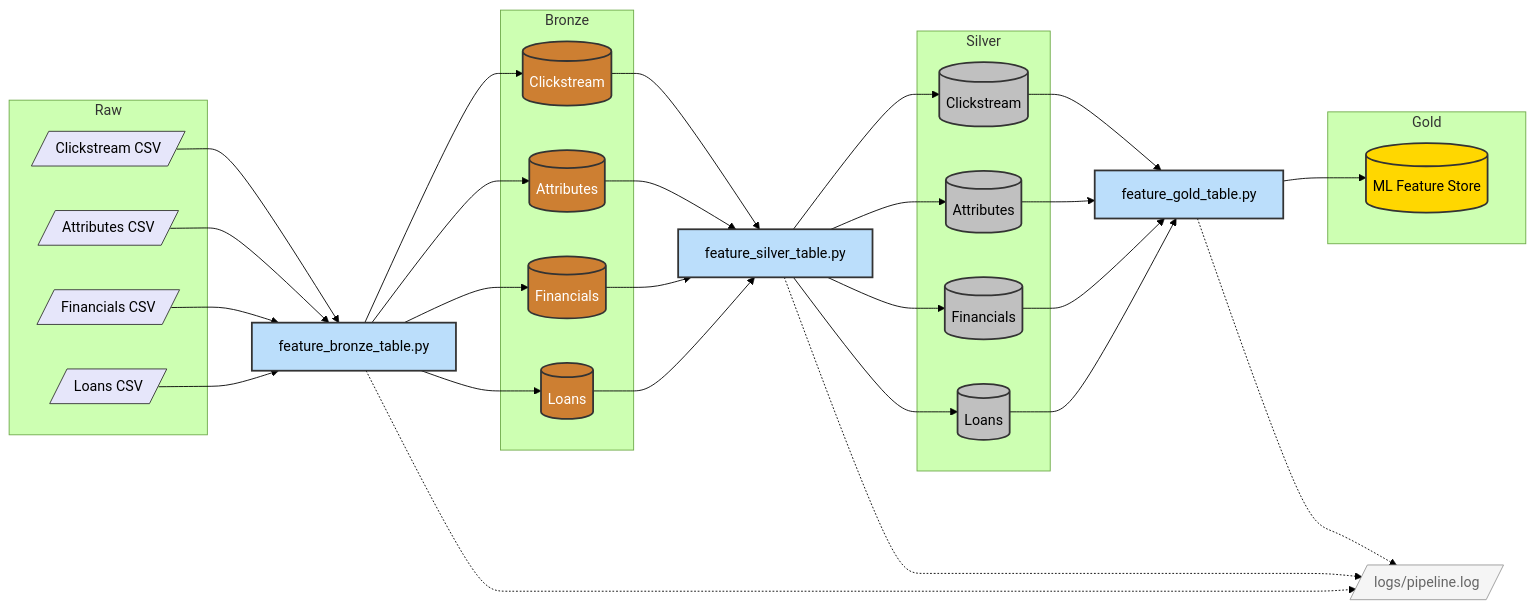
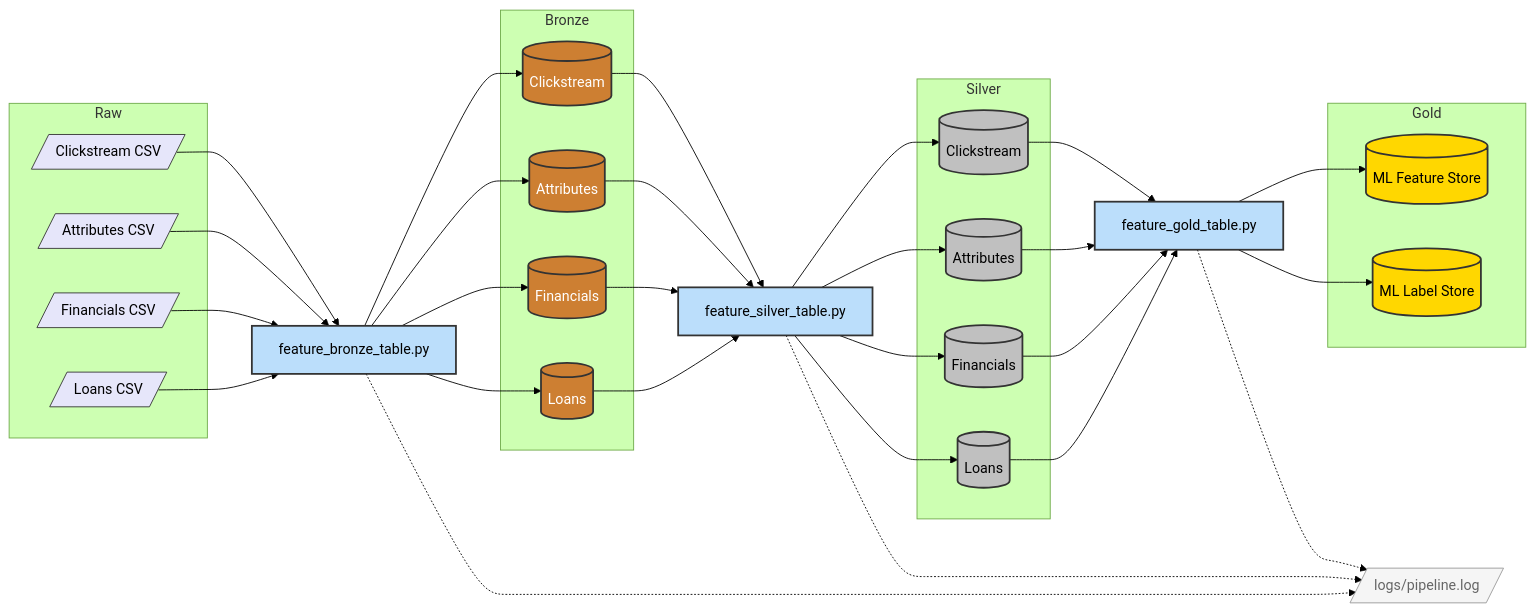
One commit to siranishkd/predictive-loan-default-modelling changed the diagram in docs/architecture_v3.md. Above: the diagram before and after it, drawn with Mermaid (forest theme). The commit also changed other lines of this file and 1 other file, not shown here.

Commit message:
Update docs: add ML Label Store to architecture, add silver table combination strategy and key analysis

````diff
--- a/docs/architecture_v3.md
+++ b/docs/architecture_v3.md
@@ -9,74 +9,76 @@
 ```mermaid
 graph LR
     classDef bronze fill:#cd7f32,stroke:#333,stroke-width:2px,color:#fff
     classDef silver fill:#c0c0c0,stroke:#333,stroke-width:2px,color:#000
     classDef gold fill:#ffd700,stroke:#333,stroke-width:2px,color:#000
     classDef raw fill:#e6e6fa,stroke:#333,stroke-width:1px,color:#000
     classDef process fill:#bbdefb,stroke:#333,stroke-width:2px,color:#000
     classDef log fill:#f5f5f5,stroke:#999,stroke-width:1px,color:#666
 
     %% Raw Layer
     subgraph Raw
         R1[/Clickstream CSV/]:::raw
         R2[/Attributes CSV/]:::raw
         R3[/Financials CSV/]:::raw
         R4[/Loans CSV/]:::raw
     end
 
     %% Bronze Layer
     P1[feature_bronze_table.py]:::process
 
     subgraph Bronze
         B1[(Clickstream)]:::bronze
         B2[(Attributes)]:::bronze
         B3[(Financials)]:::bronze
         B4[(Loans)]:::bronze
     end
 
     R1 --> P1
     R2 --> P1
     R3 --> P1
     R4 --> P1
     P1 --> B1
     P1 --> B2
     P1 --> B3
     P1 --> B4
 
     %% Silver Layer
     P2[feature_silver_table.py]:::process
 
     subgraph Silver
         S1[(Clickstream)]:::silver
         S2[(Attributes)]:::silver
         S3[(Financials)]:::silver
         S4[(Loans)]:::silver
     end
 
     B1 --> P2
     B2 --> P2
     B3 --> P2
     B4 --> P2
     P2 --> S1
     P2 --> S2
     P2 --> S3
     P2 --> S4
 
     %% Gold Layer
     P3[feature_gold_table.py]:::process
 
     subgraph Gold
         G1[(ML Feature Store)]:::gold
+        G2[(ML Label Store)]:::gold
     end
 
     S1 --> P3
     S2 --> P3
     S3 --> P3
     S4 --> P3
     P3 --> G1
+    P3 --> G2
 
     %% Logging — sits below, small
     LOG[/logs/pipeline.log/]:::log
     P1 -.-> LOG
     P2 -.-> LOG
     P3 -.-> LOG
 ```
````
